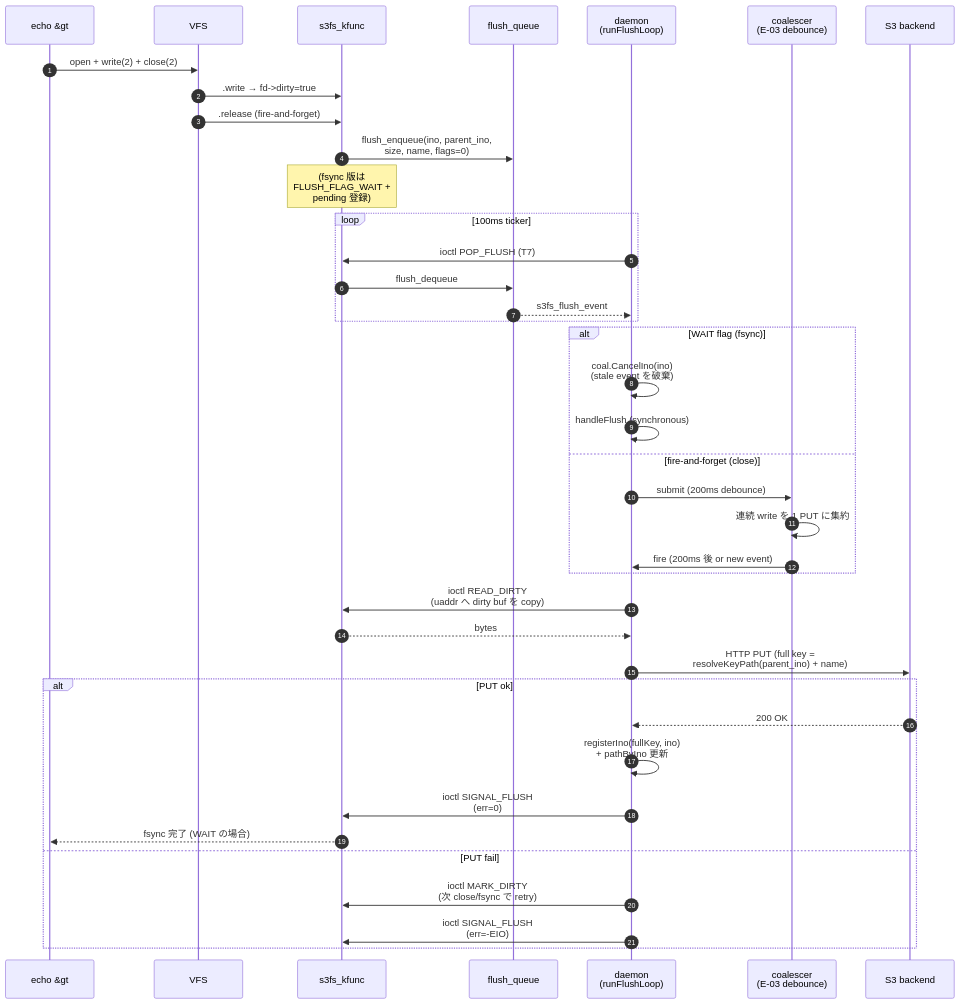
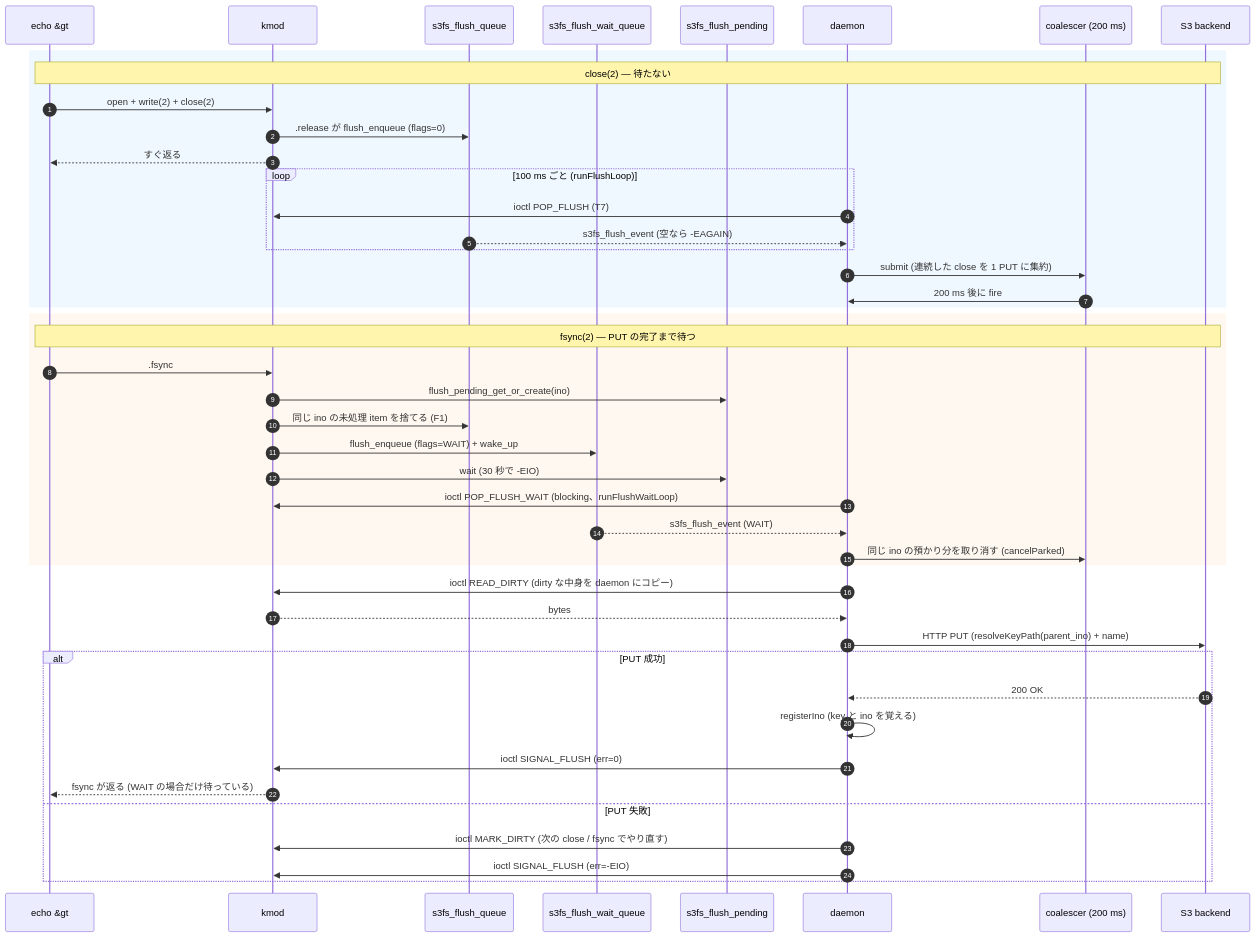
Before and after one commit to masu-mi/s3fs-ebpf: the third of 5 diagrams in docs/design/component-communication.md, drawn with Mermaid. The commit also changed other lines of this file, not shown here.

Commit message:
docs: align component-communication (read miss, flush, evict feedback) with the current pcache-mode code

````diff
--- a/docs/design/component-communication.md
+++ b/docs/design/component-communication.md
@@ -214,45 +222,50 @@
 ```mermaid
 sequenceDiagram
     autonumber
     participant App as echo &gt;
-    participant VFS as VFS
-    participant Kmod as s3fs_kfunc
-    participant FQ as flush_queue
-    participant Daemon as daemon<br/>(runFlushLoop)
-    participant Coal as coalescer<br/>(E-03 debounce)
+    participant Kmod as kmod
+    participant FQ as s3fs_flush_queue
+    participant FW as s3fs_flush_wait_queue
+    participant FP as s3fs_flush_pending
+    participant Daemon as daemon
+    participant Coal as coalescer (200 ms)
     participant S3 as S3 backend
 
-    App->>VFS: open + write(2) + close(2)
-    VFS->>Kmod: .write → fd->dirty=true
-    VFS->>Kmod: .release (fire-and-forget)
-    Kmod->>FQ: flush_enqueue(ino, parent_ino,<br/>size, name, flags=0)
-    Note over Kmod: (fsync 版は<br/>FLUSH_FLAG_WAIT +<br/>pending 登録)
-
-    loop 100ms ticker
+    rect rgb(240,248,255)
+    Note over App,S3: close(2) — 待たない
+    App->>Kmod: open + write(2) + close(2)
+    Kmod->>FQ: .release が flush_enqueue (flags=0)
+    Kmod-->>App: すぐ返る
+    loop 100 ms ごと (runFlushLoop)
       Daemon->>Kmod: ioctl POP_FLUSH (T7)
-      Kmod->>FQ: flush_dequeue
-      FQ-->>Daemon: s3fs_flush_event
+      FQ-->>Daemon: s3fs_flush_event (空なら -EAGAIN)
+    end
+    Daemon->>Coal: submit (連続した close を 1 PUT に集約)
+    Coal->>Daemon: 200 ms 後に fire
     end
 
-    alt WAIT flag (fsync)
-      Daemon->>Daemon: coal.CancelIno(ino)<br/>(stale event を破棄)
-      Daemon->>Daemon: handleFlush (synchronous)
-    else fire-and-forget (close)
-      Daemon->>Coal: submit (200ms debounce)
-      Coal->>Coal: 連続 write を 1 PUT に集約
-      Coal->>Daemon: fire (200ms 後 or new event)
+    rect rgb(255,248,240)
+    Note over App,S3: fsync(2) — PUT の完了まで待つ
+    App->>Kmod: .fsync
+    Kmod->>FP: flush_pending_get_or_create(ino)
+    Kmod->>FQ: 同じ ino の未処理 item を捨てる (F1)
+    Kmod->>FW: flush_enqueue (flags=WAIT) + wake_up
+    Kmod->>FP: wait (30 秒で -EIO)
+    Daemon->>Kmod: ioctl POP_FLUSH_WAIT (blocking、runFlushWaitLoop)
+    FW-->>Daemon: s3fs_flush_event (WAIT)
+    Daemon->>Coal: 同じ ino の預かり分を取り消す (cancelParked)
     end
 
-    Daemon->>Kmod: ioctl READ_DIRTY<br/>(uaddr へ dirty buf を copy)
+    Daemon->>Kmod: ioctl READ_DIRTY (dirty な中身を daemon にコピー)
     Kmod-->>Daemon: bytes
-    Daemon->>S3: HTTP PUT (full key = <br/>resolveKeyPath(parent_ino) + name)
-    alt PUT ok
+    Daemon->>S3: HTTP PUT (resolveKeyPath(parent_ino) + name)
+    alt PUT 成功
       S3-->>Daemon: 200 OK
-      Daemon->>Daemon: registerIno(fullKey, ino)<br/>+ pathByIno 更新
-      Daemon->>Kmod: ioctl SIGNAL_FLUSH<br/>(err=0)
-      Kmod-->>App: fsync 完了 (WAIT の場合)
-    else PUT fail
-      Daemon->>Kmod: ioctl MARK_DIRTY<br/>(次 close/fsync で retry)
-      Daemon->>Kmod: ioctl SIGNAL_FLUSH<br/>(err=-EIO)
+      Daemon->>Daemon: registerIno (key と ino を覚える)
+      Daemon->>Kmod: ioctl SIGNAL_FLUSH (err=0)
+      Kmod-->>App: fsync が返る (WAIT の場合だけ待っている)
+    else PUT 失敗
+      Daemon->>Kmod: ioctl MARK_DIRTY (次の close / fsync でやり直す)
+      Daemon->>Kmod: ioctl SIGNAL_FLUSH (err=-EIO)
     end
 ```
````
